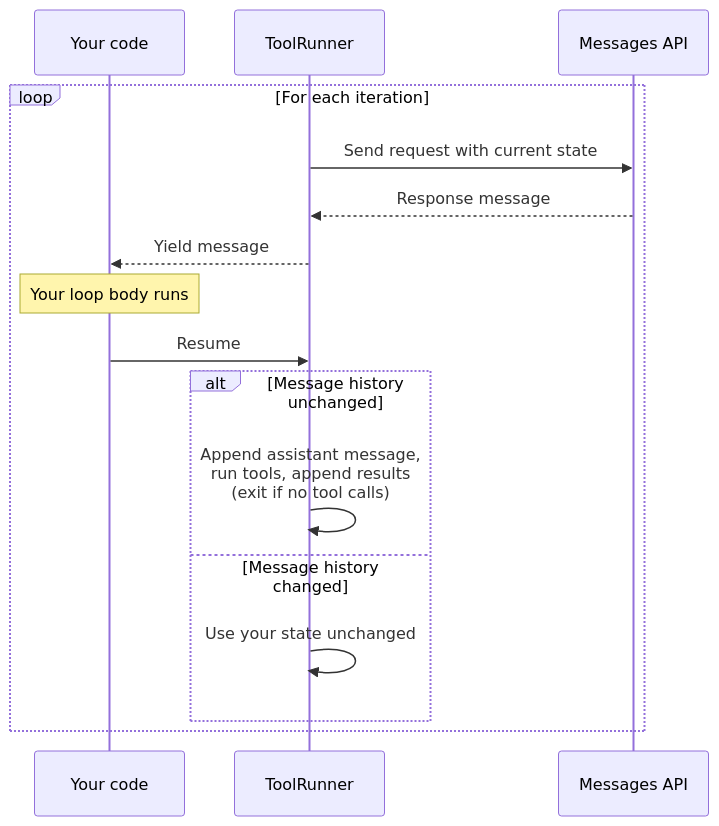
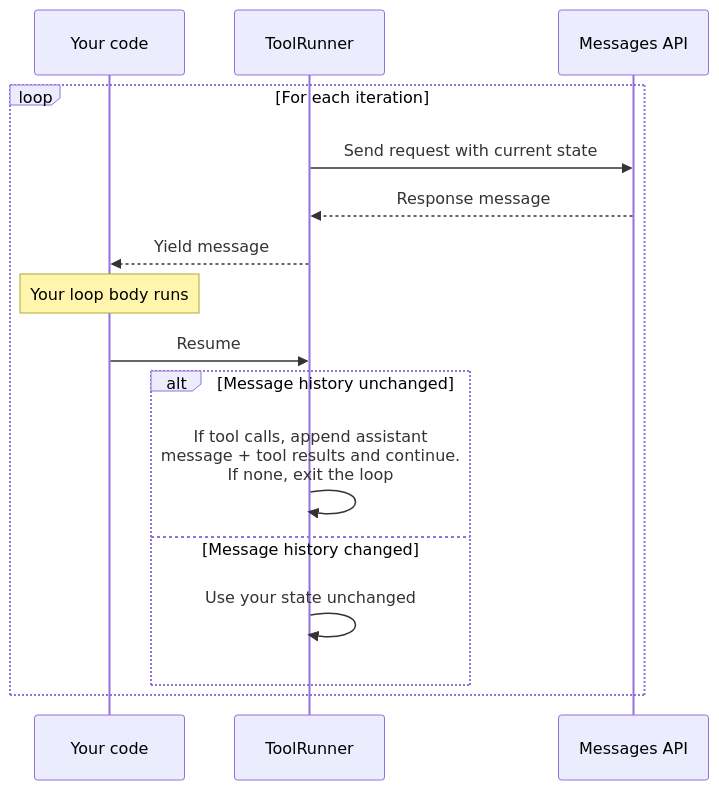
Before and after one commit to NickCollect/ai-coding-runbook: the diagram in 01_Raw/platform.claude.com/docs/en/agents-and-tools/tool-use/tool-runner.md, drawn with Mermaid. The commit also changed other lines of this file and 228 other files, not shown here.

````diff
--- a/01_Raw/platform.claude.com/docs/en/agents-and-tools/tool-use/tool-runner.md
+++ b/01_Raw/platform.claude.com/docs/en/agents-and-tools/tool-use/tool-runner.md
@@ -786,19 +786,19 @@
 ```mermaid
 sequenceDiagram
   participant U as Your code
   participant TR as ToolRunner
   participant API as Messages API
 
   loop For each iteration
     TR->>API: Send request with current state
     API-->>TR: Response message
     TR-->>U: Yield message
     note over U: Your loop body runs
     U->>TR: Resume
     alt Message history unchanged
-      TR->>TR: Append assistant message,<br/>run tools, append results<br/>(exit if no tool calls)
+      TR->>TR: If tool calls, append assistant<br/>message + tool results and continue.<br/>If none, exit the loop
     else Message history changed
       TR->>TR: Use your state unchanged
     end
   end
 ```
````
